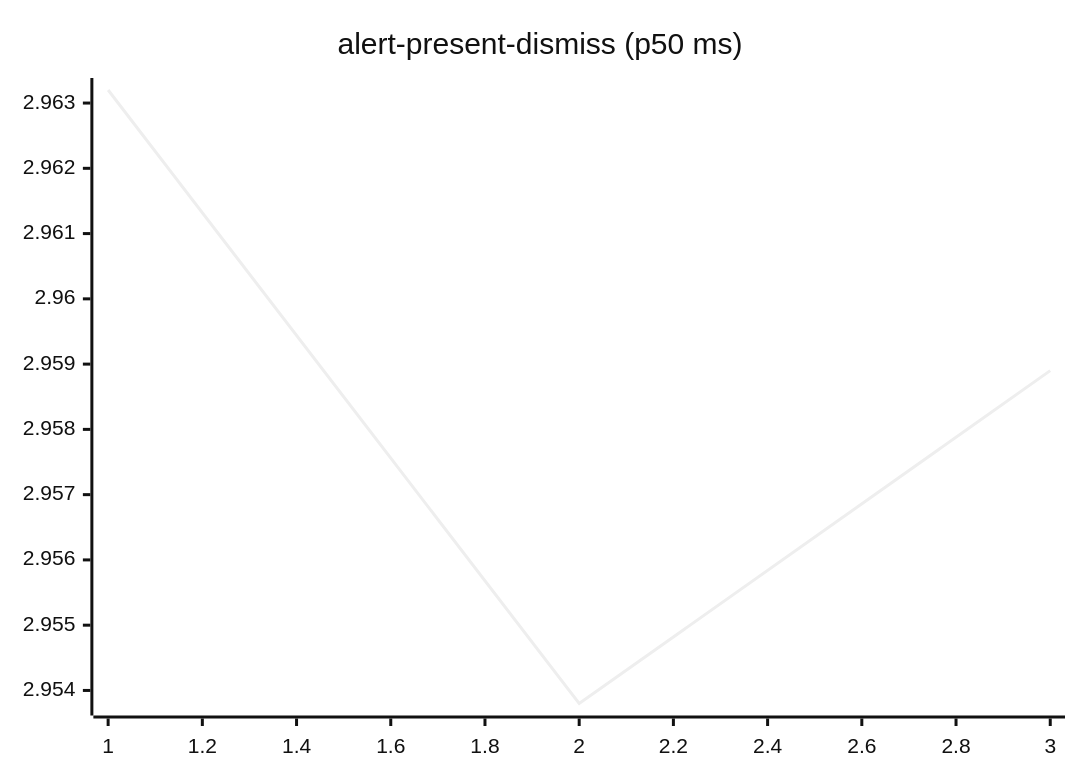
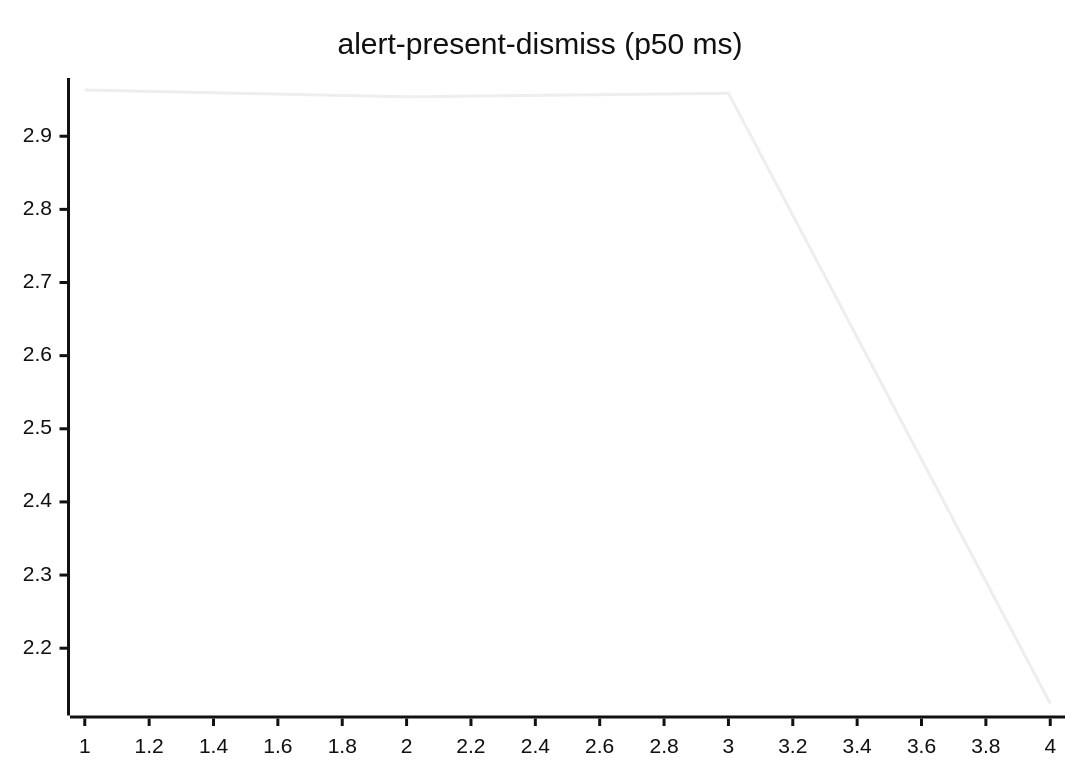
Before and after one commit to josha/Facet: the second of 27 diagrams in README.md, drawn with Mermaid (neutral theme). The commit also changed other lines of this file and 2 other files, not shown here.

````diff
--- a/README.md
+++ b/README.md
@@ -70,6 +70,6 @@
 ```mermaid
 xychart-beta
     title "alert-present-dismiss (p50 ms)"
-    x-axis 1 --> 3
-    line [2.9632, 2.9538, 2.9589]
+    x-axis 1 --> 4
+    line [2.9632, 2.9538, 2.9589, 2.1244]
 ```
````
